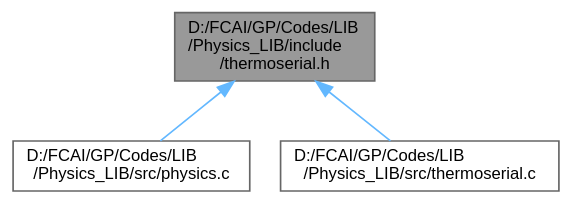
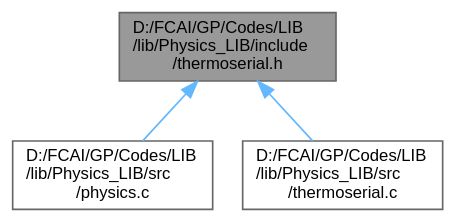
Before and after one commit to Computational-science-based-on-HPC/Computational-science-based-on-HPC.github.i: the diagram in thermoserial_8h__dep__incl.dot, drawn with Graphviz. The commit also changed 103 other files, not shown here.

```diff
--- a/thermoserial_8h__dep__incl.dot
+++ b/thermoserial_8h__dep__incl.dot
@@ -1,12 +1,12 @@
-digraph "D:/FCAI/GP/Codes/LIB/Physics_LIB/include/thermoserial.h"
+digraph "D:/FCAI/GP/Codes/LIB/lib/Physics_LIB/include/thermoserial.h"
 {
  // LATEX_PDF_SIZE
   bgcolor="transparent";
   edge [fontname=Helvetica,fontsize=10,labelfontname=Helvetica,labelfontsize=10];
   node [fontname=Helvetica,fontsize=10,shape=box,height=0.2,width=0.4];
-  Node1 [id="Node000001",label="D:/FCAI/GP/Codes/LIB\l/Physics_LIB/include\l/thermoserial.h",height=0.2,width=0.4,color="gray40", fillcolor="grey60", style="filled", fontcolor="black",tooltip=" "];
+  Node1 [id="Node000001",label="D:/FCAI/GP/Codes/LIB\l/lib/Physics_LIB/include\l/thermoserial.h",height=0.2,width=0.4,color="gray40", fillcolor="grey60", style="filled", fontcolor="black",tooltip="This file contains the implementation of the serial version of the heat transfer simulation in 1D and..."];
   Node1 -> Node2 [id="edge1_Node000001_Node000002",dir="back",color="steelblue1",style="solid",tooltip=" "];
-  Node2 [id="Node000002",label="D:/FCAI/GP/Codes/LIB\l/Physics_LIB/src/physics.c",height=0.2,width=0.4,color="grey40", fillcolor="white", style="filled",URL="$physics_8c.html",tooltip="This file contains collection of all simulations calls."];
+  Node2 [id="Node000002",label="D:/FCAI/GP/Codes/LIB\l/lib/Physics_LIB/src\l/physics.c",height=0.2,width=0.4,color="grey40", fillcolor="white", style="filled",URL="$physics_8c.html",tooltip="This file contains collection of all simulations calls."];
   Node1 -> Node3 [id="edge2_Node000001_Node000003",dir="back",color="steelblue1",style="solid",tooltip=" "];
-  Node3 [id="Node000003",label="D:/FCAI/GP/Codes/LIB\l/Physics_LIB/src/thermoserial.c",height=0.2,width=0.4,color="grey40", fillcolor="white", style="filled",URL="$thermoserial_8c.html",tooltip="This file contains the implementation of the serial version of the heat transfer simulation in 1D and..."];
+  Node3 [id="Node000003",label="D:/FCAI/GP/Codes/LIB\l/lib/Physics_LIB/src\l/thermoserial.c",height=0.2,width=0.4,color="grey40", fillcolor="white", style="filled",URL="$thermoserial_8c.html",tooltip=" "];
 }
```
